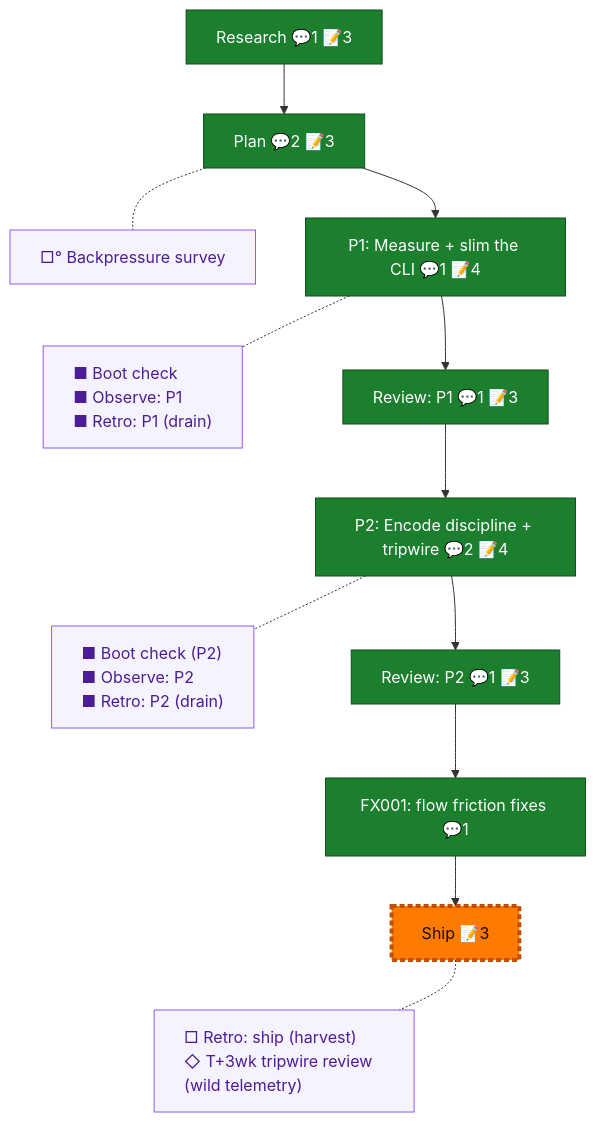
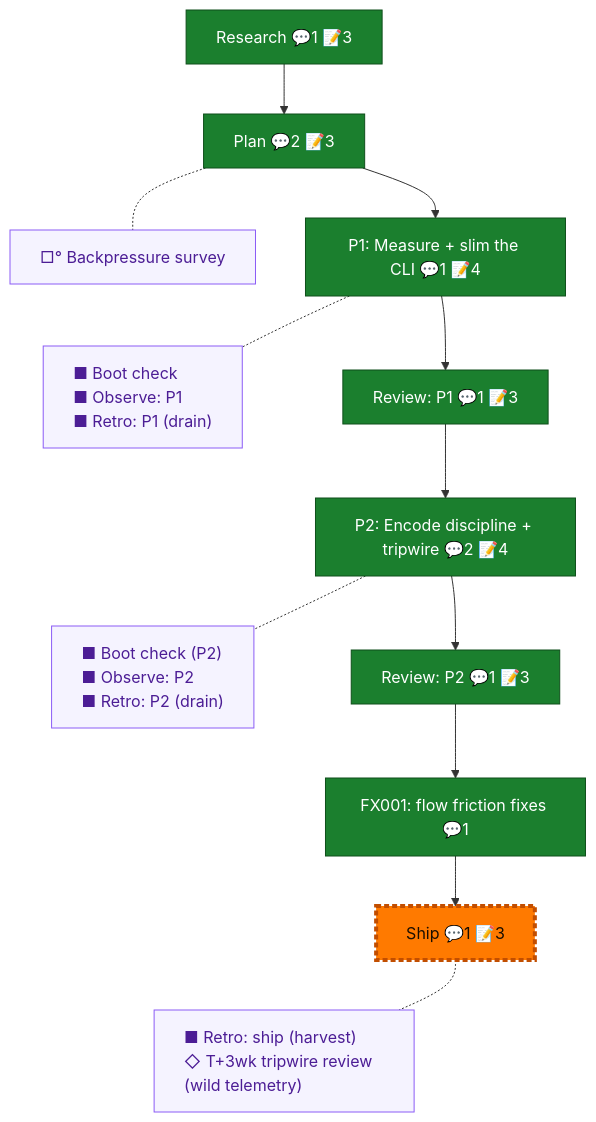
The diagram in docs/plans/057-flow-token-efficiency/the-flow.md (AI-Substrate/harness-engineering), drawn with Mermaid before and after one commit. The commit also changed other lines of this file and 1 other file, not shown here.

Commit message:
chore(057): ship seam — harvest done, PR #65 recorded on flow

````diff
--- a/docs/plans/057-flow-token-efficiency/the-flow.md
+++ b/docs/plans/057-flow-token-efficiency/the-flow.md
@@ -8,33 +8,33 @@
 ```mermaid
 flowchart TD
     research["Research 💬1 📝3"]:::done
     plan["Plan 💬2 📝3"]:::done
     phase_1["P1: Measure + slim the CLI 💬1 📝4"]:::done
     review_1["Review: P1 💬1 📝3"]:::done
     phase_2["P2: Encode discipline + tripwire 💬2 📝4"]:::done
     review_2["Review: P2 💬1 📝3"]:::done
     fix_1["FX001: flow friction fixes 💬1"]:::done
-    ship["Ship 📝3"]:::assumed
+    ship["Ship 💬1 📝3"]:::assumed
 
     research --> plan --> phase_1 --> review_1 --> phase_2 --> review_2 --> fix_1 --> ship
 
     planC["□° Backpressure survey"]:::chore
     phase_1C["■ Boot check<br/>■ Observe: P1<br/>■ Retro: P1 (drain)"]:::chore
     phase_2C["■ Boot check (P2)<br/>■ Observe: P2<br/>■ Retro: P2 (drain)"]:::chore
-    shipC["□ Retro: ship (harvest)<br/>◇ T+3wk tripwire review (wild telemetry)"]:::chore
+    shipC["■ Retro: ship (harvest)<br/>◇ T+3wk tripwire review (wild telemetry)"]:::chore
 
     %% invisible chain holds the gutter boxes in their own column
     planC ~~~ phase_1C ~~~ phase_2C ~~~ shipC
 
     %% dotted links pull each gutter box beside its node
     plan -.- planC
     phase_1 -.- phase_1C
     phase_2 -.- phase_2C
     ship -.- shipC
 
     classDef done fill:#1B7F2E,stroke:#0F4F1B,color:#fff;
     classDef assumed fill:#CFD8DC,stroke:#607D8B,color:#1a1a1a,stroke-dasharray:5 3;
     classDef chore fill:#f5f3ff,stroke:#8b5cf6,color:#4c1d95,text-align:left;
     classDef current fill:#FF7A00,stroke:#C24E00,color:#1a0e00,stroke-width:4px;
     class ship current;
 ```
````
